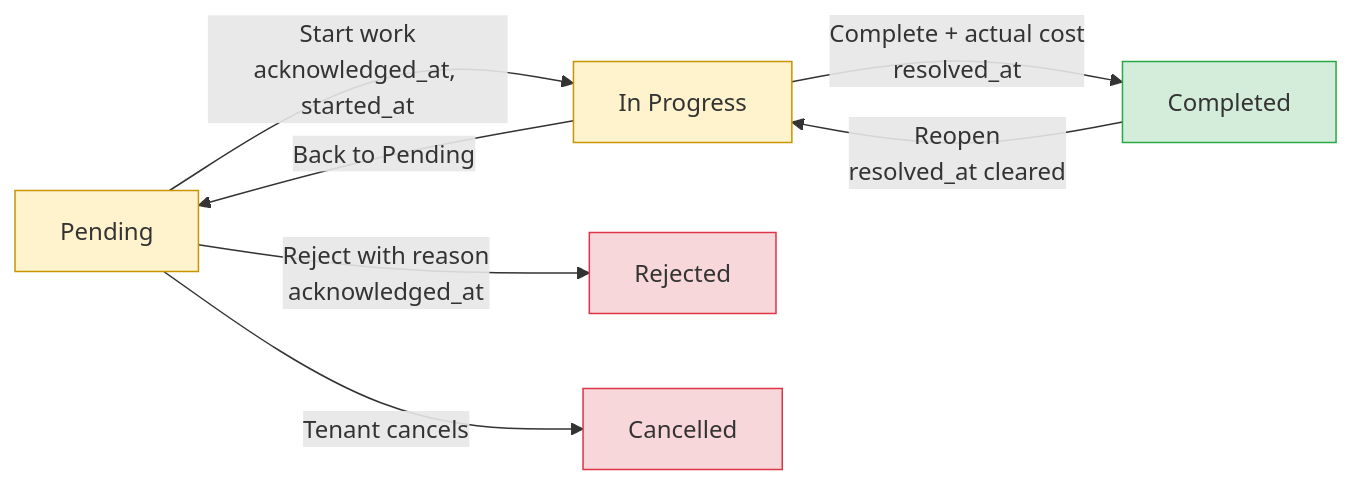
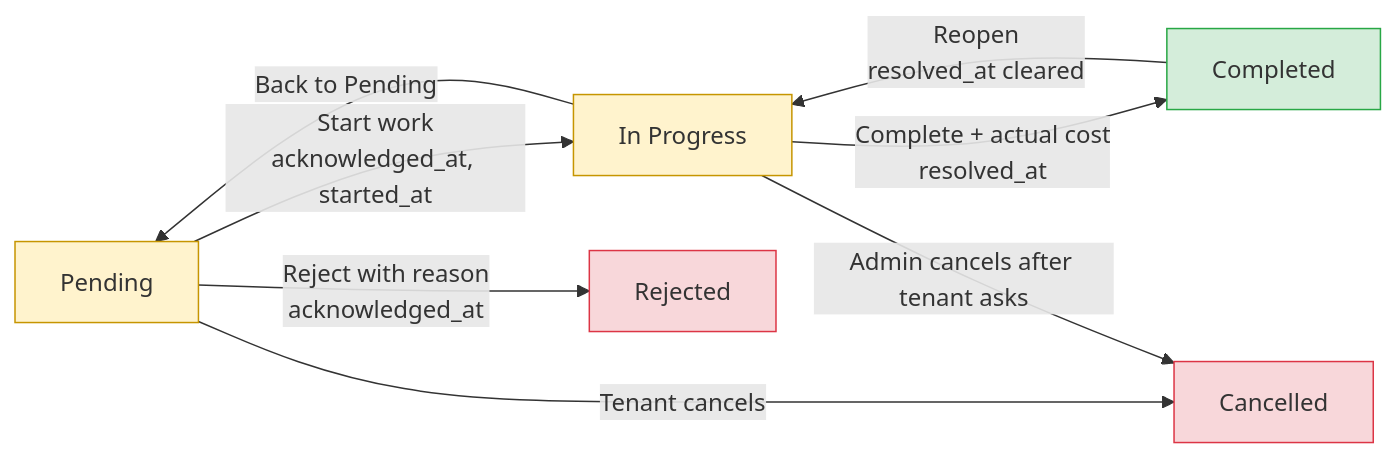
One commit to Keonbe/ApartmentManagementSystem_React changed the eighth of 36 diagrams in docs/documentation/module_verification_guide.md. Above: the diagram before and after it, drawn with Mermaid. The commit also changed other lines of this file and 19 other files, not shown here.

````diff
--- a/docs/documentation/module_verification_guide.md
+++ b/docs/documentation/module_verification_guide.md
@@ -1093,16 +1095,17 @@
 ```mermaid
 flowchart LR
     P[Pending] -->|Start work<br/>acknowledged_at, started_at| IP[In Progress]
     P -->|Reject with reason<br/>acknowledged_at| R[Rejected]
     P -->|Tenant cancels| C[Cancelled]
     IP -->|Complete + actual cost<br/>resolved_at| D[Completed]
     IP -->|Back to Pending| P
+    IP -->|Admin cancels after tenant asks| C
     D -->|Reopen<br/>resolved_at cleared| IP
 
     classDef open fill:#fff3cd,stroke:#c69500
     classDef done fill:#d4edda,stroke:#28a745
     classDef dead fill:#f8d7da,stroke:#dc3545
     class P,IP open
     class D done
     class R,C dead
 ```
````
